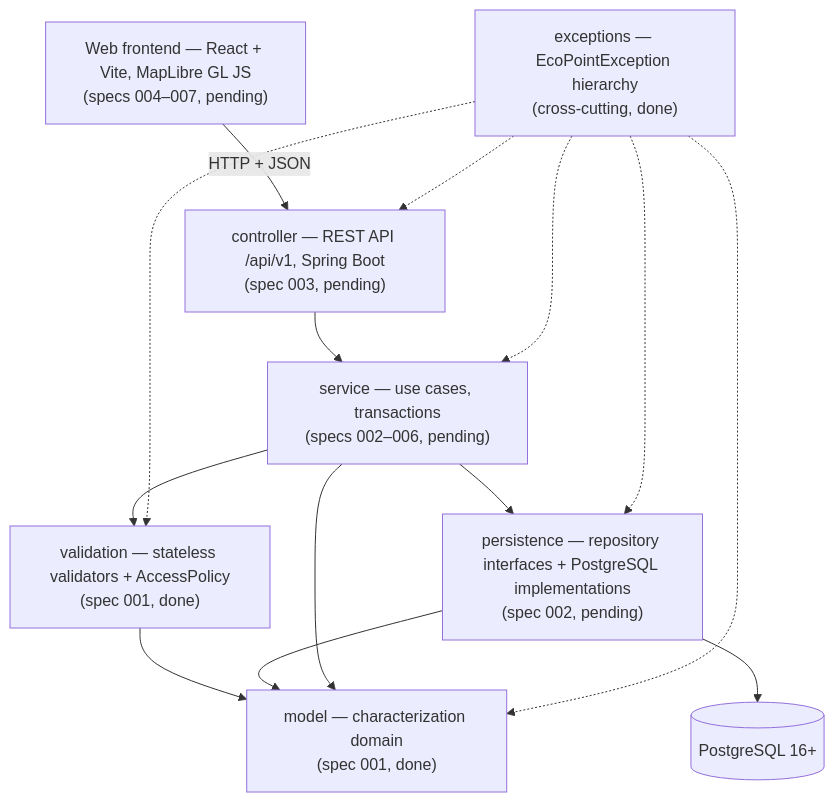
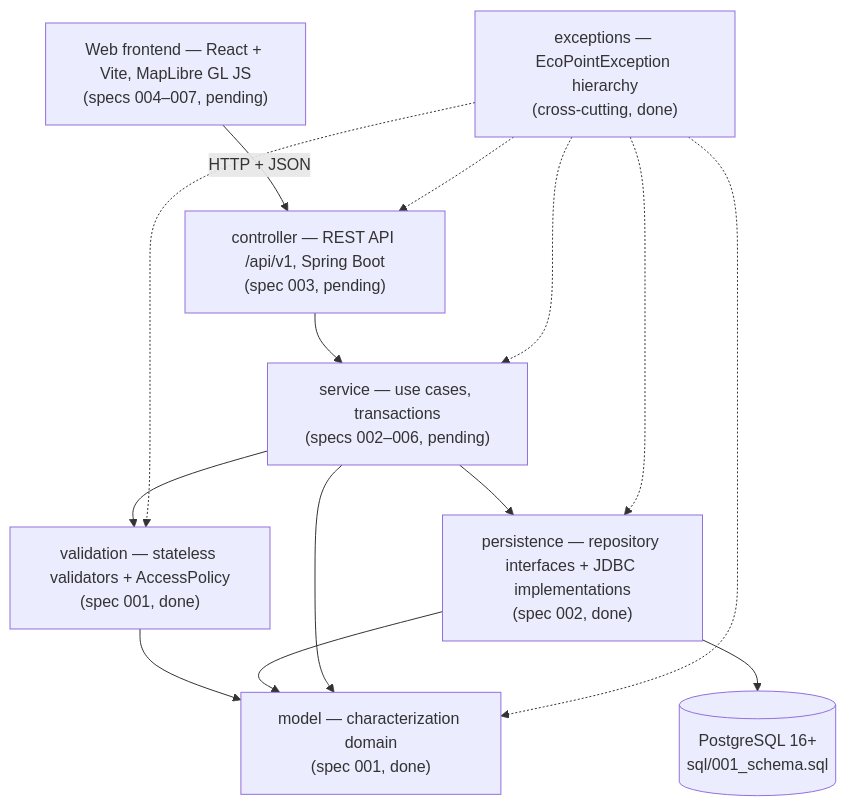
Before and after one commit to mlanderoc/EcoPoint-Edu: the diagram in docs/layer-diagram.md, drawn with Mermaid. The commit also changed 3 other files, not shown here.

````diff
--- a/docs/layer-diagram.md
+++ b/docs/layer-diagram.md
@@ -7,26 +7,26 @@
 ```mermaid
 flowchart TD
     FE["Web frontend — React + Vite, MapLibre GL JS<br/>(specs 004–007, pending)"]
     API["controller — REST API /api/v1, Spring Boot<br/>(spec 003, pending)"]
     SVC["service — use cases, transactions<br/>(specs 002–006, pending)"]
     VAL["validation — stateless validators + AccessPolicy<br/>(spec 001, done)"]
     MOD["model — characterization domain<br/>(spec 001, done)"]
-    PER["persistence — repository interfaces + PostgreSQL implementations<br/>(spec 002, pending)"]
-    DB[("PostgreSQL 16+")]
+    PER["persistence — repository interfaces + JDBC implementations<br/>(spec 002, done)"]
+    DB[("PostgreSQL 16+<br/>sql/001_schema.sql")]
     EXC["exceptions — EcoPointException hierarchy<br/>(cross-cutting, done)"]
 
     FE -->|HTTP + JSON| API
     API --> SVC
     SVC --> VAL
     SVC --> PER
     VAL --> MOD
     PER --> MOD
     PER --> DB
     SVC --> MOD
 
     EXC -.-> API
     EXC -.-> SVC
     EXC -.-> VAL
     EXC -.-> MOD
     EXC -.-> PER
 ```
````
